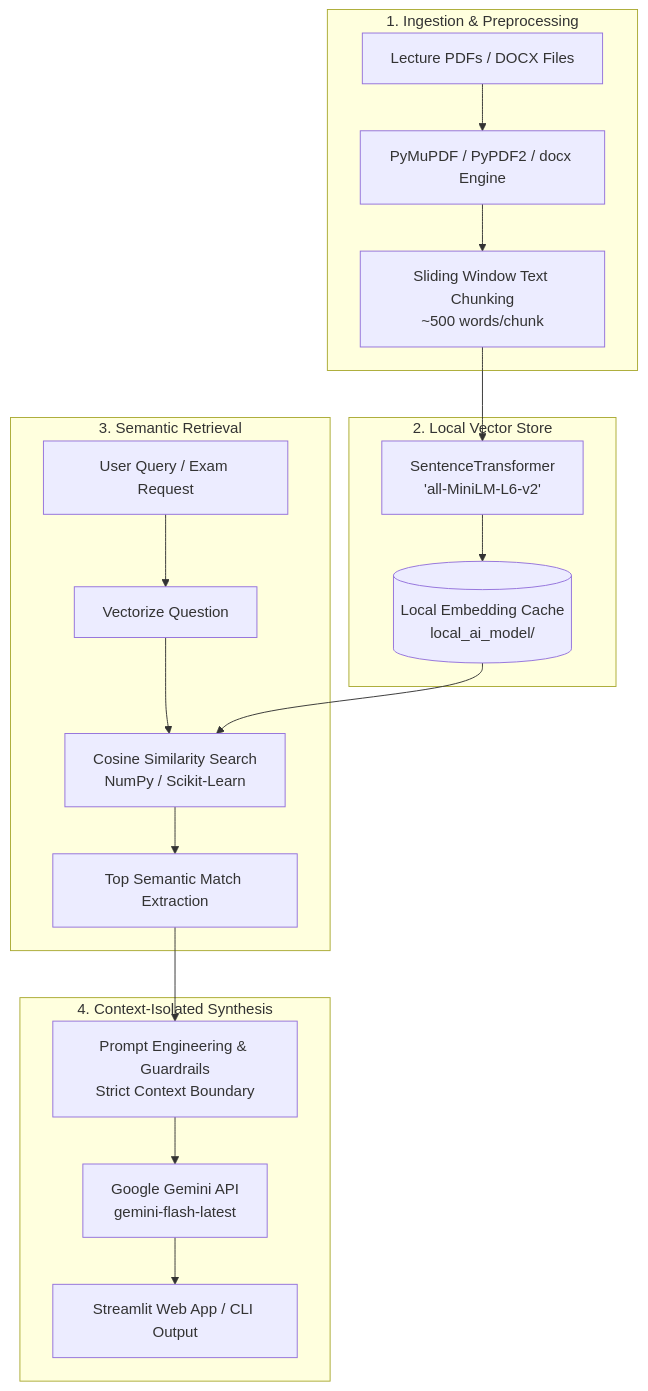
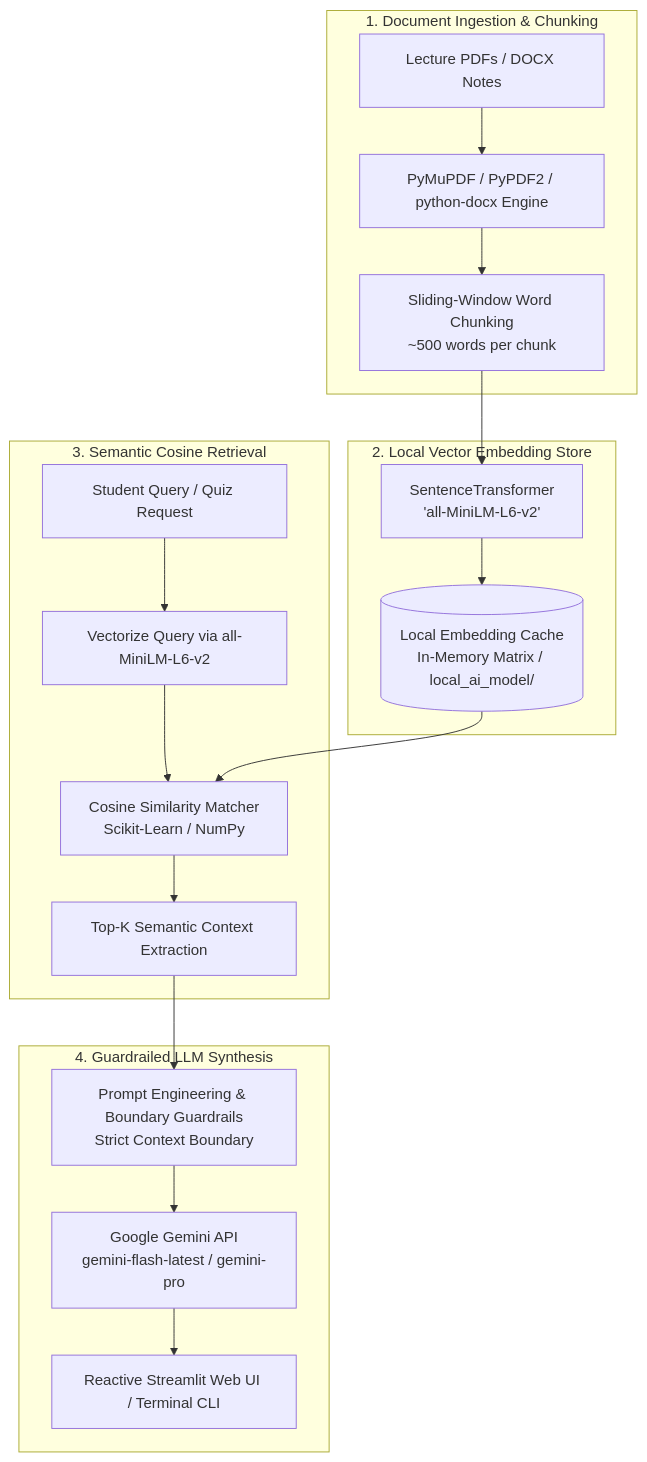
Before and after one commit to kailash6207/NeuralNotes: the diagram in README.md, drawn with Mermaid. The commit also changed other lines of this file and 5 other files, not shown here.

Commit message:
docs: overhaul README with architecture diagrams, workflow guides, MIT license, and modular utils package

````diff
--- a/README.md
+++ b/README.md
@@ -59,25 +57,25 @@
 ```mermaid
 flowchart TD
-    subgraph INGESTION ["1. Ingestion & Preprocessing"]
-        A[Lecture PDFs / DOCX Files] --> B[PyMuPDF / PyPDF2 / docx Engine]
-        B --> C[Sliding Window Text Chunking\n~500 words/chunk]
+    subgraph INGESTION ["1. Document Ingestion & Chunking"]
+        A[Lecture PDFs / DOCX Notes] --> B[PyMuPDF / PyPDF2 / python-docx Engine]
+        B --> C[Sliding-Window Word Chunking\n~500 words per chunk]
     end
 
-    subgraph VECTOR ["2. Local Vector Store"]
+    subgraph VECTOR ["2. Local Vector Embedding Store"]
         C --> D[SentenceTransformer\n'all-MiniLM-L6-v2']
-        D --> E[(Local Embedding Cache\nlocal_ai_model/)]
+        D --> E[(Local Embedding Cache\nIn-Memory Matrix / local_ai_model/)]
     end
 
-    subgraph RETRIEVAL ["3. Semantic Retrieval"]
-        Q[User Query / Exam Request] --> F[Vectorize Question]
-        F --> G[Cosine Similarity Search\nNumPy / Scikit-Learn]
+    subgraph RETRIEVAL ["3. Semantic Cosine Retrieval"]
+        Q[Student Query / Quiz Request] --> F[Vectorize Query via all-MiniLM-L6-v2]
+        F --> G[Cosine Similarity Matcher\nScikit-Learn / NumPy]
         E --> G
-        G --> H[Top Semantic Match Extraction]
+        G --> H[Top-K Semantic Context Extraction]
     end
 
-    subgraph GENERATION ["4. Context-Isolated Synthesis"]
-        H --> I[Prompt Engineering & Guardrails\nStrict Context Boundary]
-        I --> J[Google Gemini API\ngemini-flash-latest]
-        J --> K[Streamlit Web App / CLI Output]
+    subgraph GENERATION ["4. Guardrailed LLM Synthesis"]
+        H --> I[Prompt Engineering & Boundary Guardrails\nStrict Context Boundary]
+        I --> J[Google Gemini API\ngemini-flash-latest / gemini-pro]
+        J --> K[Reactive Streamlit Web UI / Terminal CLI]
     end
 ```
````
